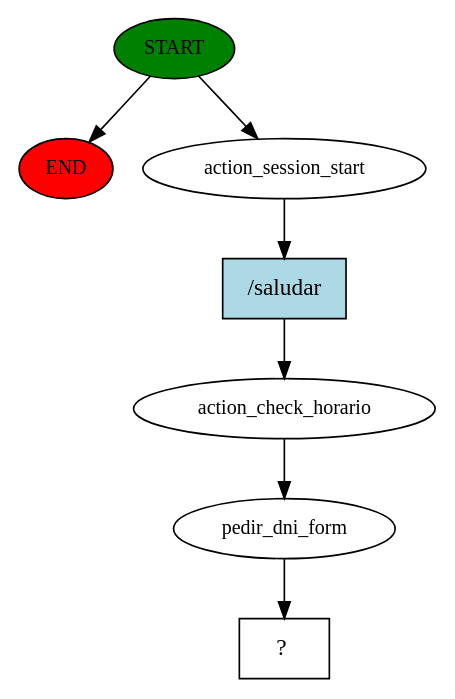
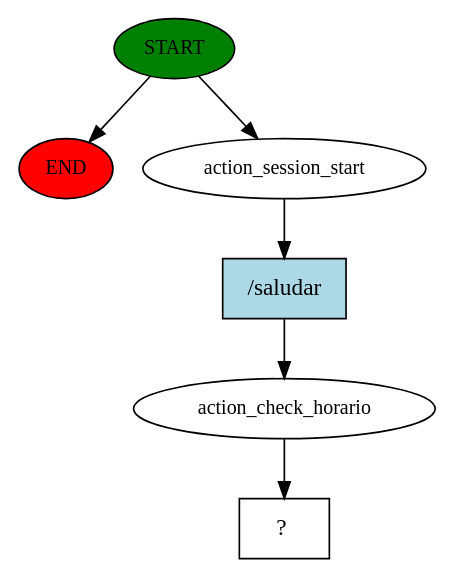
The diagram in story_graph.dot (TamaraMaggioni/RASA_BOT), drawn with Graphviz before and after one commit. The commit also changed 6 other files, not shown here.

```diff
--- a/story_graph.dot
+++ b/story_graph.dot
@@ -1,15 +1,13 @@
 digraph  {
 0 [class="start active", fillcolor=green, fontsize=12, label=START, style=filled];
 "-1" [class=end, fillcolor=red, fontsize=12, label=END, style=filled];
 1 [class=active, fontsize=12, label=action_session_start];
 2 [class=active, fontsize=12, label=action_check_horario];
-3 [class=active, fontsize=12, label=pedir_dni_form];
-4 [class="intent dashed active", label="  ?  ", shape=rect];
-5 [class="intent active", fillcolor=lightblue, label="/saludar", shape=rect, style=filled];
+3 [class="intent dashed active", label="  ?  ", shape=rect];
+4 [class="intent active", fillcolor=lightblue, label="/saludar", shape=rect, style=filled];
 0 -> "-1"  [class="", key=NONE, label=""];
 0 -> 1  [class=active, key=NONE, label=""];
-1 -> 5  [class=active, key=0];
+1 -> 4  [class=active, key=0];
 2 -> 3  [class=active, key=NONE, label=""];
-3 -> 4  [class=active, key=NONE, label=""];
-5 -> 2  [class=active, key=0];
+4 -> 2  [class=active, key=0];
 }
```
